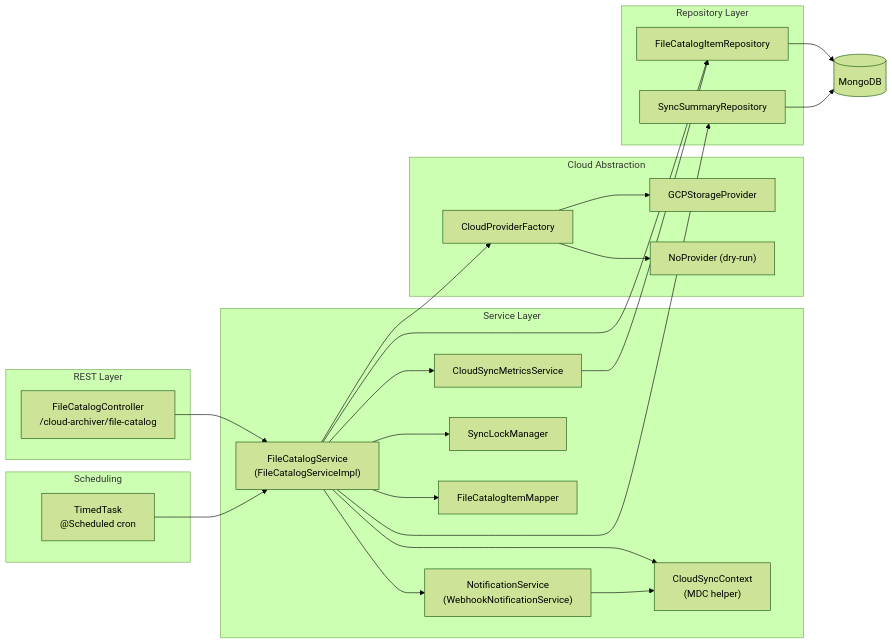
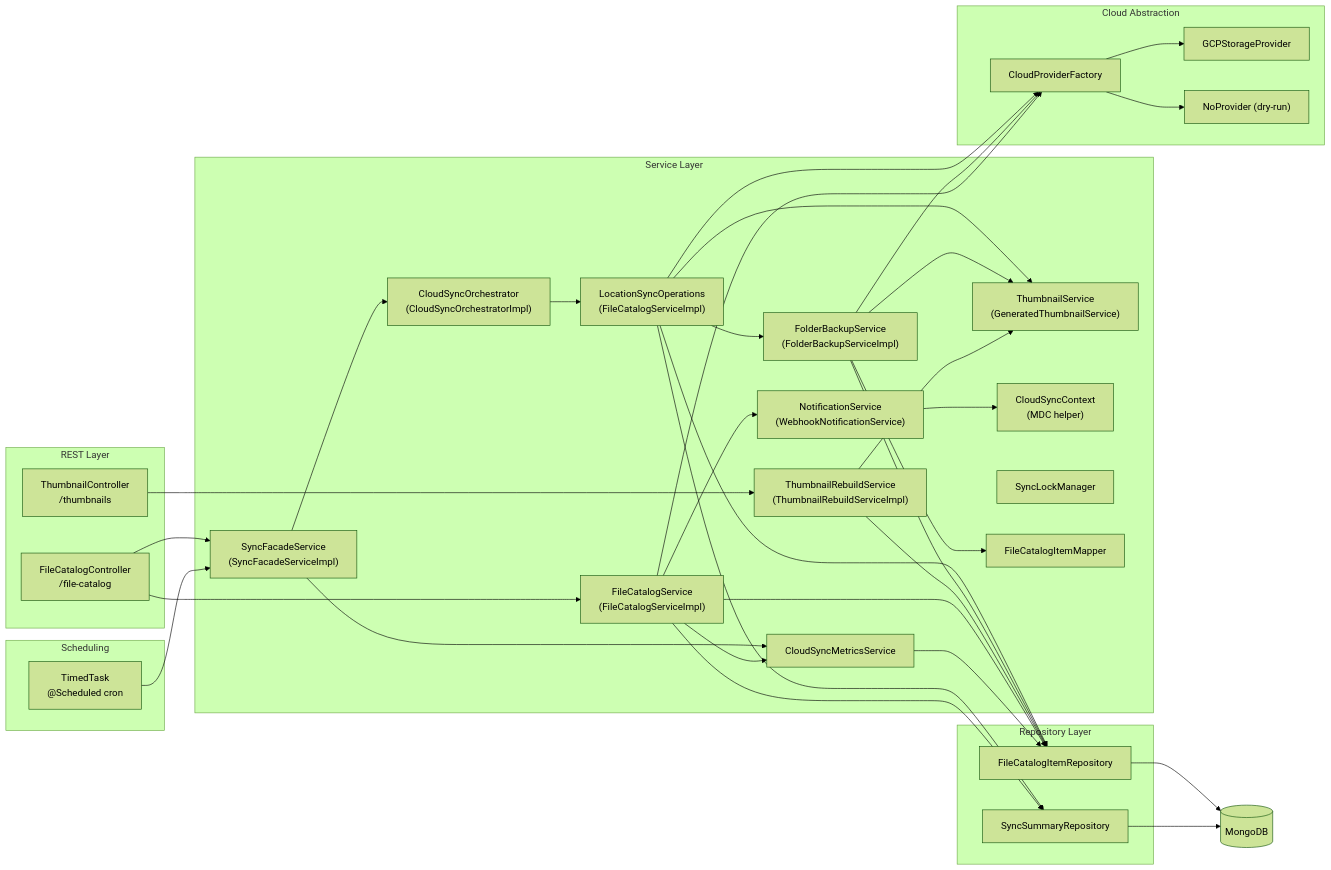
One commit to ringuerel/cloud-archiver changed the second of 3 diagrams in docs/architecture.md. Above: the diagram before and after it, drawn with Mermaid (forest theme). The commit also changed other lines of this file and 3 other files, not shown here.

````diff
--- a/docs/architecture.md
+++ b/docs/architecture.md
@@ -41,47 +41,67 @@
 ```mermaid
 graph LR
     subgraph API["REST Layer"]
-        CTRL["FileCatalogController\n/cloud-archiver/file-catalog"]
+        CTRL["FileCatalogController\n/file-catalog"]
+        TCTRL["ThumbnailController\n/thumbnails"]
     end
 
     subgraph Scheduling["Scheduling"]
         TT["TimedTask\n@Scheduled cron"]
     end
 
     subgraph Service["Service Layer"]
         FCS["FileCatalogService\n(FileCatalogServiceImpl)"]
+        SYNC["SyncFacadeService\n(SyncFacadeServiceImpl)"]
+        ORCH["CloudSyncOrchestrator\n(CloudSyncOrchestratorImpl)"]
+        FBS["FolderBackupService\n(FolderBackupServiceImpl)"]
+        LSO["LocationSyncOperations\n(FileCatalogServiceImpl)"]
+        TRS["ThumbnailRebuildService\n(ThumbnailRebuildServiceImpl)"]
+        TS["ThumbnailService\n(GeneratedThumbnailService)"]
         METRICS["CloudSyncMetricsService"]
         CTX["CloudSyncContext\n(MDC helper)"]
         NS["NotificationService\n(WebhookNotificationService)"]
         SLM["SyncLockManager"]
         MAPPER["FileCatalogItemMapper"]
     end
 
     subgraph CloudAbstraction["Cloud Abstraction"]
         CPF["CloudProviderFactory"]
         GCP_P["GCPStorageProvider"]
         NO_P["NoProvider (dry-run)"]
     end
 
     subgraph Repository["Repository Layer"]
         REPO["FileCatalogItemRepository"]
         SREPO["SyncSummaryRepository"]
     end
 
     CTRL --> FCS
-    TT --> FCS
-    FCS --> SLM
-    FCS --> MAPPER
+    CTRL --> SYNC
+    TCTRL --> TRS
+    TT --> SYNC
+    SYNC --> ORCH
+    SYNC --> METRICS
+    ORCH --> LSO
+    LSO --> FBS
+    LSO --> CPF
+    LSO --> REPO
+    LSO --> SREPO
+    LSO --> TS
+    FBS --> MAPPER
+    FBS --> CPF
+    FBS --> REPO
+    FBS --> TS
+    TRS --> REPO
+    TRS --> TS
     FCS --> CPF
     FCS --> REPO
     FCS --> SREPO
     FCS --> METRICS
-    FCS --> CTX
     FCS --> NS
     NS --> CTX
     METRICS --> REPO
     CPF --> GCP_P
     CPF --> NO_P
     REPO --> MONGO[("MongoDB")]
     SREPO --> MONGO
 ```
````
